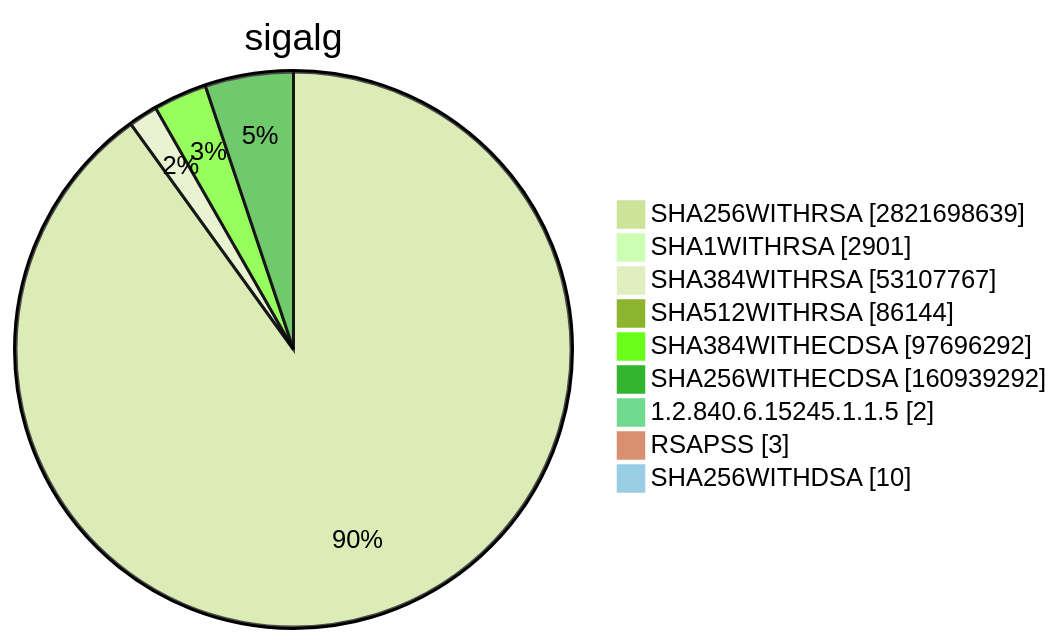
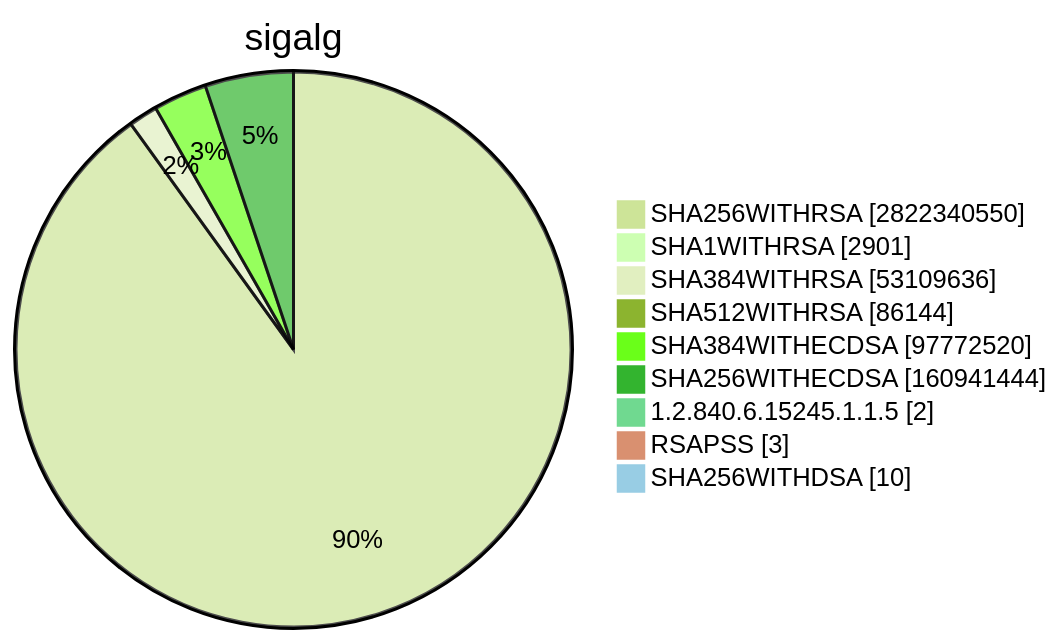
Diagram 15 of 15 in TOTAL/README.md (christiankrug/ctmonitor_visualization), drawn with Mermaid (forest theme) before and after one commit. The commit also changed other lines of this file, not shown here.

````diff
--- a/TOTAL/README.md
+++ b/TOTAL/README.md
@@ -6207,13 +6207,13 @@
 ```mermaid
 pie showData
 title sigalg
-"SHA256WITHRSA" :2821698639
+"SHA256WITHRSA" :2822340550
 "SHA1WITHRSA" :2901
-"SHA384WITHRSA" :53107767
+"SHA384WITHRSA" :53109636
 "SHA512WITHRSA" :86144
-"SHA384WITHECDSA" :97696292
-"SHA256WITHECDSA" :160939292
+"SHA384WITHECDSA" :97772520
+"SHA256WITHECDSA" :160941444
 "1.2.840.6.15245.1.1.5" :2
 "RSAPSS" :3
 "SHA256WITHDSA" :10
 ```
````
